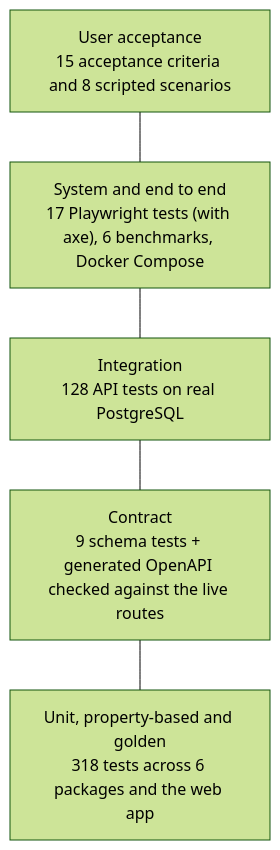
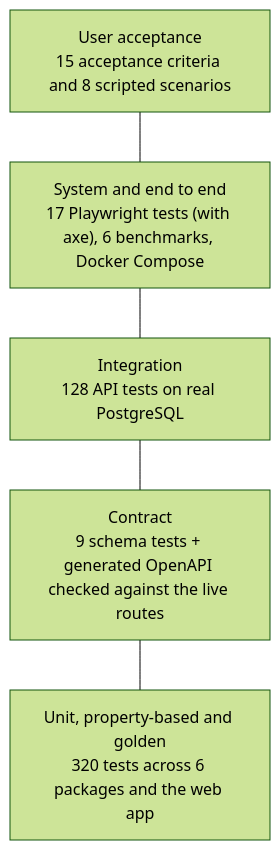
The diagram in docs/testing-strategy.md (ijfabi/wageguard), drawn with Mermaid (forest theme) before and after one commit. The commit also changed other lines of this file and 14 other files, not shown here.

````diff
--- a/docs/testing-strategy.md
+++ b/docs/testing-strategy.md
@@ -5,9 +5,9 @@
 ```mermaid
 flowchart TB
   uat["User acceptance<br/>15 acceptance criteria and 8 scripted scenarios"]
   sys["System and end to end<br/>17 Playwright tests (with axe), 6 benchmarks, Docker Compose"]
   int["Integration<br/>128 API tests on real PostgreSQL"]
   con["Contract<br/>9 schema tests + generated OpenAPI checked against the live routes"]
-  unit["Unit, property-based and golden<br/>318 tests across 6 packages and the web app"]
+  unit["Unit, property-based and golden<br/>320 tests across 6 packages and the web app"]
   uat --- sys --- int --- con --- unit
 ```
````
